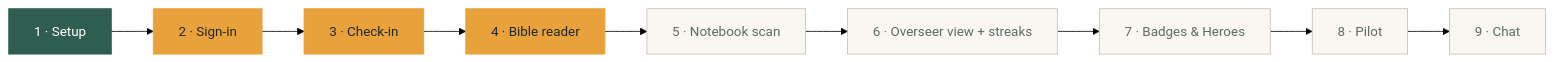
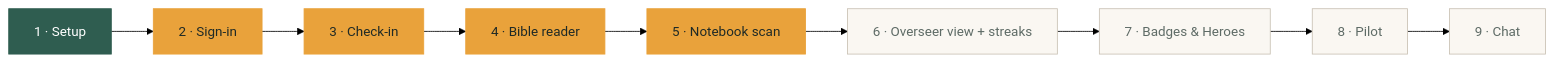
Before and after one commit to mannigoy/Abide: the diagram in README.md, drawn with Mermaid (forest theme). The commit also changed other lines of this file and 10 other files, not shown here.

First line of the commit message:
Phase 5: notebook scan with on-device text recognition

````diff
--- a/README.md
+++ b/README.md
@@ -22,9 +22,9 @@
 ```mermaid
 flowchart LR
-  P1["1 · Setup"]:::done --> P2["2 · Sign-in"]:::wip --> P3["3 · Check-in"]:::wip --> P4["4 · Bible reader"]:::wip --> P5["5 · Notebook scan"]:::todo
+  P1["1 · Setup"]:::done --> P2["2 · Sign-in"]:::wip --> P3["3 · Check-in"]:::wip --> P4["4 · Bible reader"]:::wip --> P5["5 · Notebook scan"]:::wip
   P5 --> P6["6 · Overseer view + streaks"]:::todo --> P7["7 · Badges & Heroes"]:::todo --> P8["8 · Pilot"]:::todo --> P9["9 · Chat"]:::todo
 
   classDef done fill:#2F5D50,stroke:#2F5D50,color:#FFFFFF
   classDef wip fill:#E9A23B,stroke:#E9A23B,color:#1F2A26
   classDef todo fill:#FAF7F2,stroke:#C9C1B4,color:#5E6B66
 ```
````
